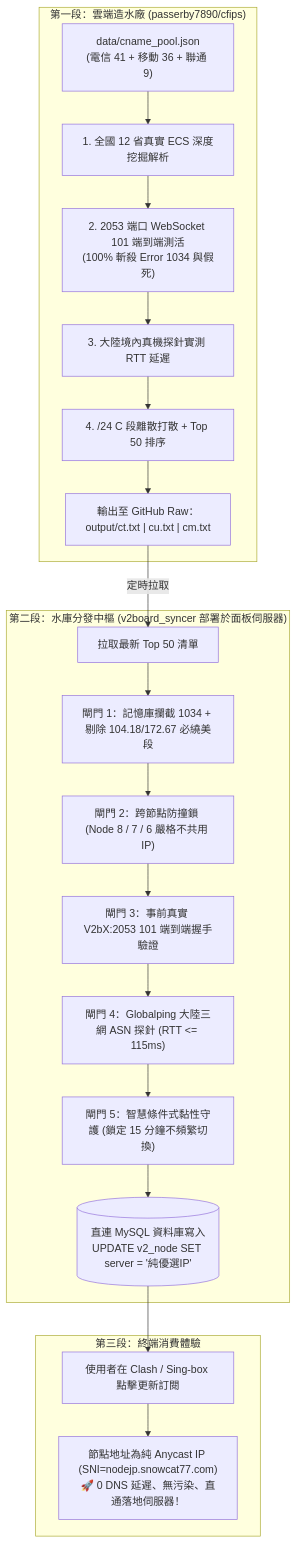
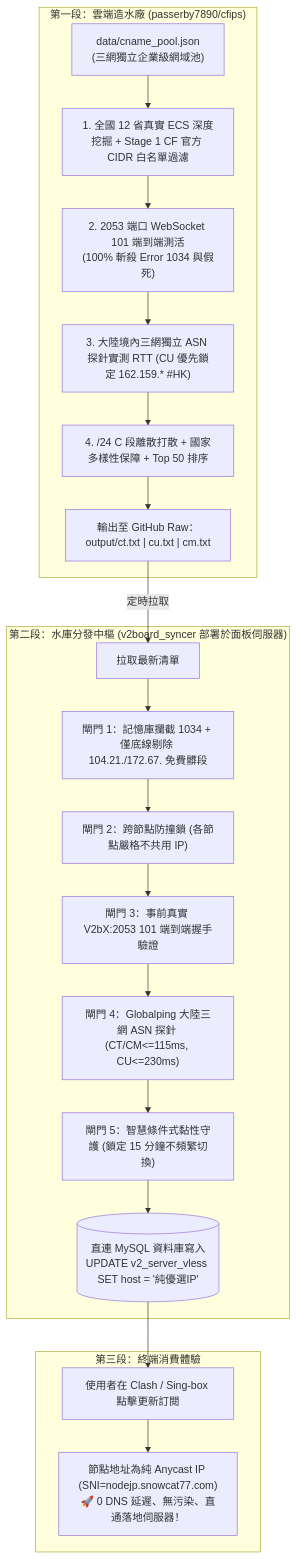
The diagram in ARCHITECTURE_AND_SOP.md (passerby7890/cfips), drawn with Mermaid before and after one commit. The commit also changed other lines of this file and 2 other files, not shown here.

Commit message:
docs: add v4.5.1 optimization master report and sync dev notes & architecture SOP

````diff
--- a/ARCHITECTURE_AND_SOP.md
+++ b/ARCHITECTURE_AND_SOP.md
@@ -20,25 +20,25 @@
 ```mermaid
 flowchart TD
     subgraph S1["第一段：雲端造水廠 (passerby7890/cfips)"]
-        D["data/cname_pool.json<br/>(電信 41 + 移動 36 + 聯通 9)"] --> P1["1. 全國 12 省真實 ECS 深度挖掘解析"]
+        D["data/cname_pool.json<br/>(三網獨立企業級網域池)"] --> P1["1. 全國 12 省真實 ECS 深度挖掘 + Stage 1 CF 官方 CIDR 白名單過濾"]
         P1 --> P2["2. 2053 端口 WebSocket 101 端到端測活<br/>(100% 斬殺 Error 1034 與假死)"]
-        P2 --> P3["3. 大陸境內真機探針實測 RTT 延遲"]
-        P3 --> P4["4. /24 C 段離散打散 + Top 50 排序"]
+        P2 --> P3["3. 大陸境內三網獨立 ASN 探針實測 RTT (CU 優先鎖定 162.159.* #HK)"]
+        P3 --> P4["4. /24 C 段離散打散 + 國家多樣性保障 + Top 50 排序"]
         P4 --> OUT["輸出至 GitHub Raw：<br/>output/ct.txt | cu.txt | cm.txt"]
     end
 
     subgraph S2["第二段：水庫分發中樞 (v2board_syncer 部署於面板伺服器)"]
-        OUT --"定時拉取"--> RAW["拉取最新 Top 50 清單"]
-        RAW --> G1["閘門 1：記憶庫攔截 1034 + 剔除 104.18/172.67 必繞美段"]
-        G1 --> G2["閘門 2：跨節點防撞鎖 (Node 8 / 7 / 6 嚴格不共用 IP)"]
+        OUT --"定時拉取"--> RAW["拉取最新清單"]
+        RAW --> G1["閘門 1：記憶庫攔截 1034 + 僅底線剔除 104.21./172.67. 免費髒段"]
+        G1 --> G2["閘門 2：跨節點防撞鎖 (各節點嚴格不共用 IP)"]
         G2 --> G3["閘門 3：事前真實 V2bX:2053 101 端到端握手驗證"]
-        G3 --> G4["閘門 4：Globalping 大陸三網 ASN 探針 (RTT <= 115ms)"]
+        G3 --> G4["閘門 4：Globalping 大陸三網 ASN 探針 (CT/CM<=115ms, CU<=230ms)"]
         G4 --> G5["閘門 5：智慧條件式黏性守護 (鎖定 15 分鐘不頻繁切換)"]
-        G5 --> SQL[("直連 MySQL 資料庫寫入<br/>UPDATE v2_node SET server = '純優選IP'")]
+        G5 --> SQL[("直連 MySQL 資料庫寫入<br/>UPDATE v2_server_vless SET host = '純優選IP'")]
     end
 
     subgraph S3["第三段：終端消費體驗"]
         SQL --> SUB["使用者在 Clash / Sing-box 點擊更新訂閱"]
         SUB --> CLIENT["節點地址為純 Anycast IP (SNI=nodejp.snowcat77.com)<br/>🚀 0 DNS 延遲、無污染、直通落地伺服器！"]
     end
 ```
````
